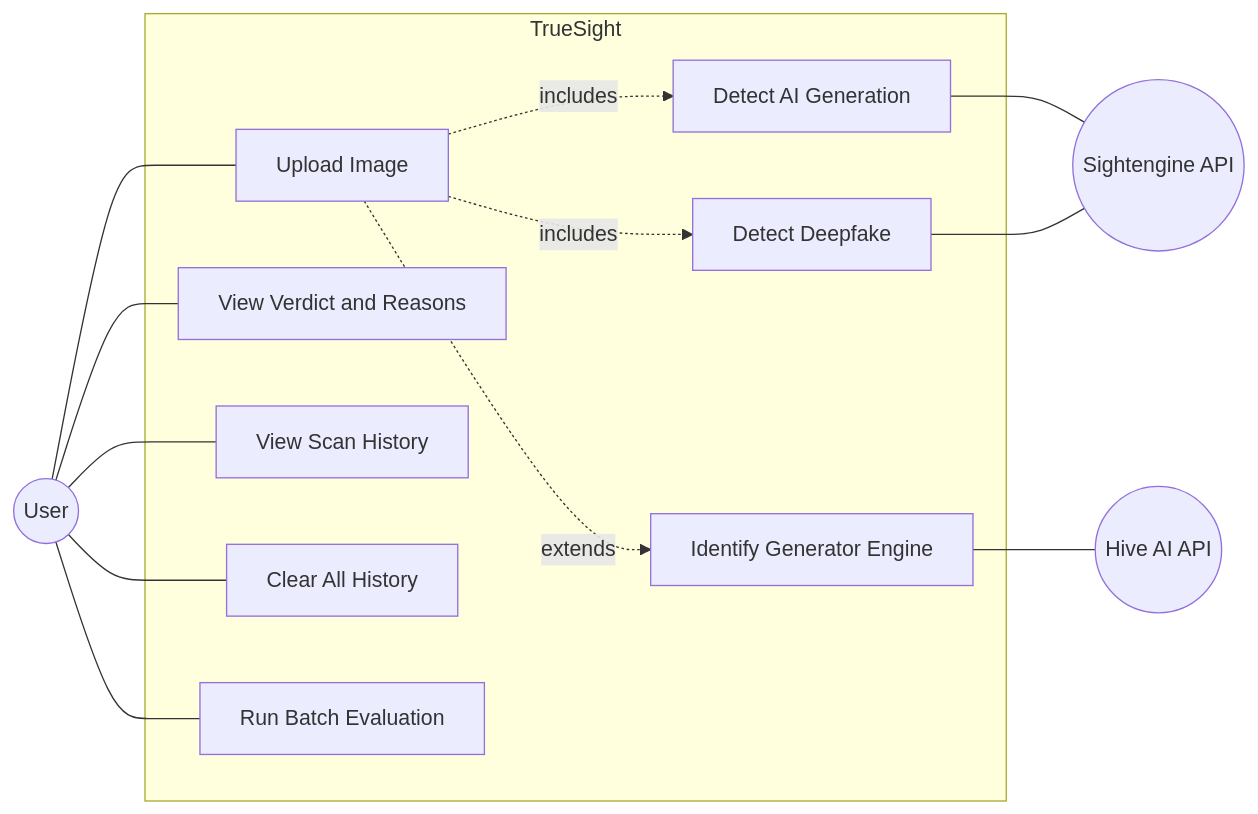
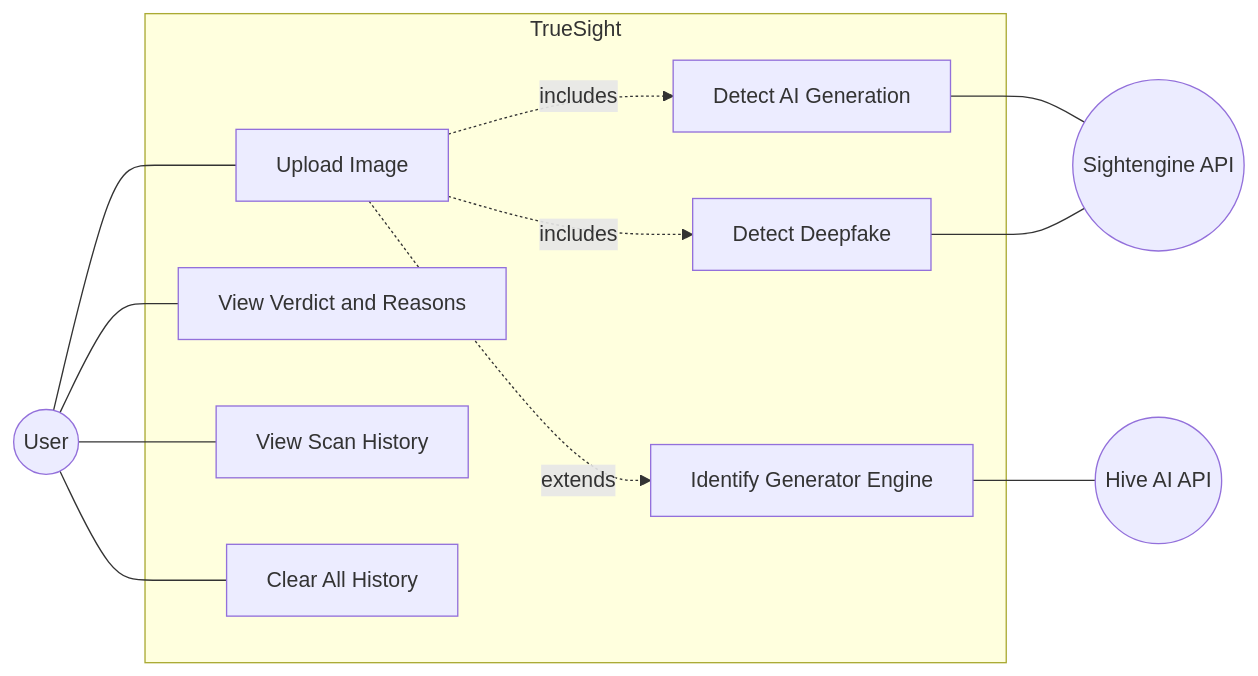
Before and after one commit to M4hdi-7/TrueSight-AI-Image-Detector: the first of 3 diagrams in docs/dissertation/05-analysis.md, drawn with Mermaid. The commit also changed other lines of this file and 9 other files, not shown here.

````diff
--- a/docs/dissertation/05-analysis.md
+++ b/docs/dissertation/05-analysis.md
@@ -17,31 +9,29 @@
 ```mermaid
 flowchart LR
     User((User))
     SE((Sightengine API))
     HV((Hive AI API))
 
     subgraph TrueSight
         UC1[Upload Image]
         UC2[View Verdict and Reasons]
         UC3[View Scan History]
         UC4[Clear All History]
-        UC5[Run Batch Evaluation]
-        UC6[Detect AI Generation]
-        UC7[Detect Deepfake]
-        UC8[Identify Generator Engine]
+        UC5[Detect AI Generation]
+        UC6[Detect Deepfake]
+        UC7[Identify Generator Engine]
     end
 
     User --- UC1
     User --- UC2
     User --- UC3
     User --- UC4
-    User --- UC5
 
+    UC1 -.includes.-> UC5
     UC1 -.includes.-> UC6
-    UC1 -.includes.-> UC7
-    UC1 -.extends.-> UC8
+    UC1 -.extends.-> UC7
 
+    UC5 --- SE
     UC6 --- SE
-    UC7 --- SE
-    UC8 --- HV
+    UC7 --- HV
 ```
````
